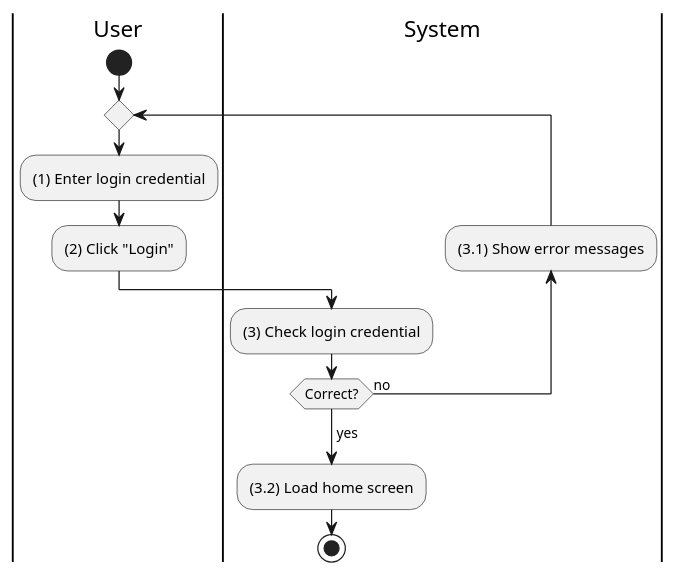
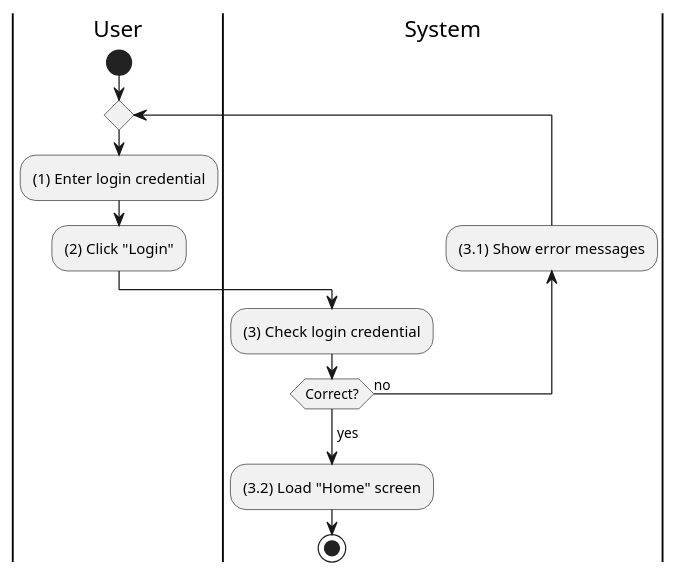
One commit to phihungha/SE357-Practice-class changed the diagram in Lab1/Lab1.2/activities/my-account-login.plantuml. Above: the diagram before and after it, drawn with PlantUML. The commit also changed 21 other files, not shown here.

Commit message:
Finalize activity diagram

```diff
--- a/Lab1/Lab1.2/activities/my-account-login.plantuml
+++ b/Lab1/Lab1.2/activities/my-account-login.plantuml
@@ -1,17 +1,17 @@
 @startuml my-account-login
 |u|User
 |s|System
 
 |u|
 start
 repeat
     :(1) Enter login credential;
     :(2) Click "Login";
     |s|
     :(3) Check login credential;
     backward:(3.1) Show error messages;
 repeat while (Correct?) is (no)
 ->yes;
-:(3.2) Load home screen;
+:(3.2) Load "Home" screen;
 stop
 @enduml
```
